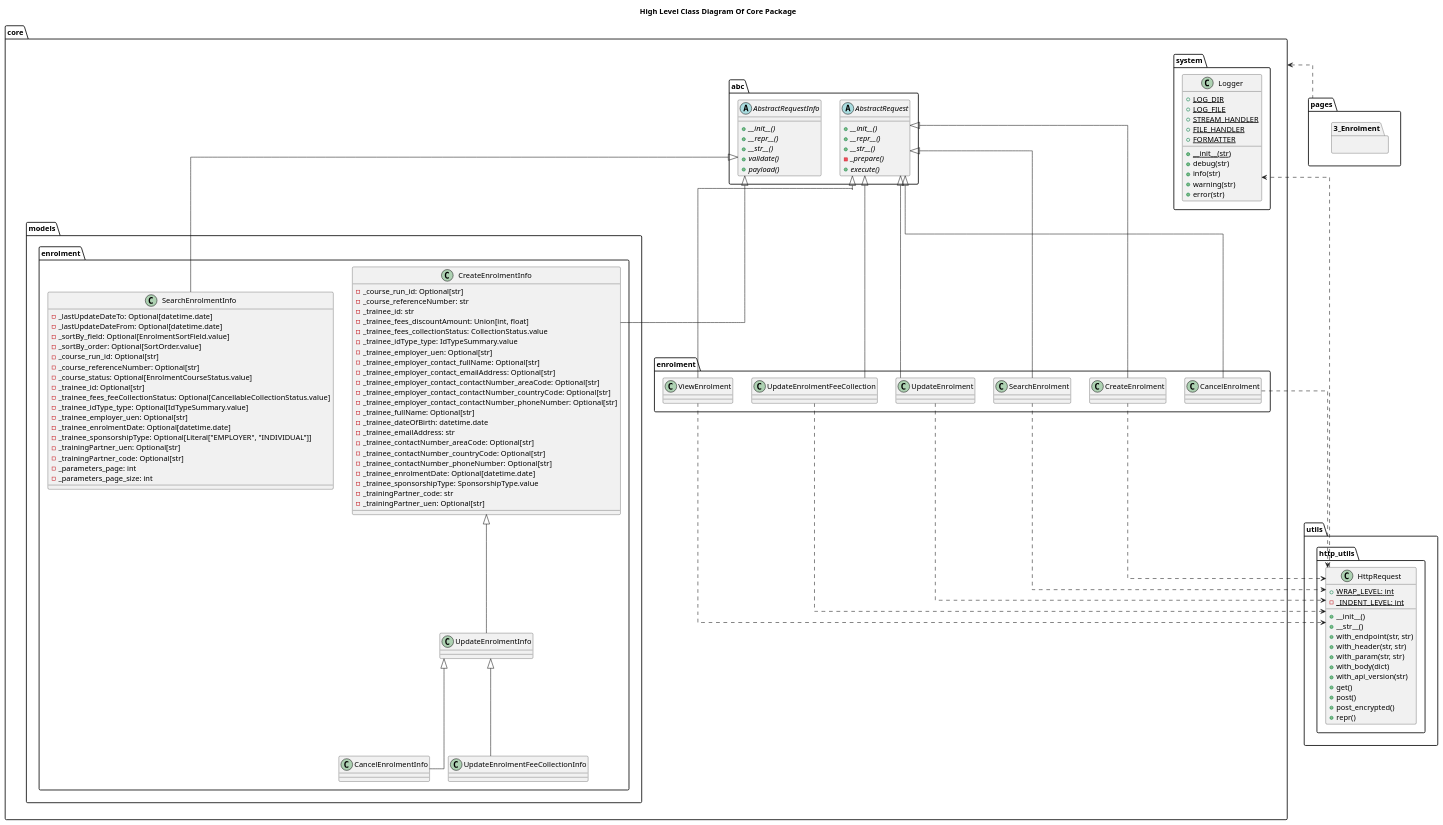
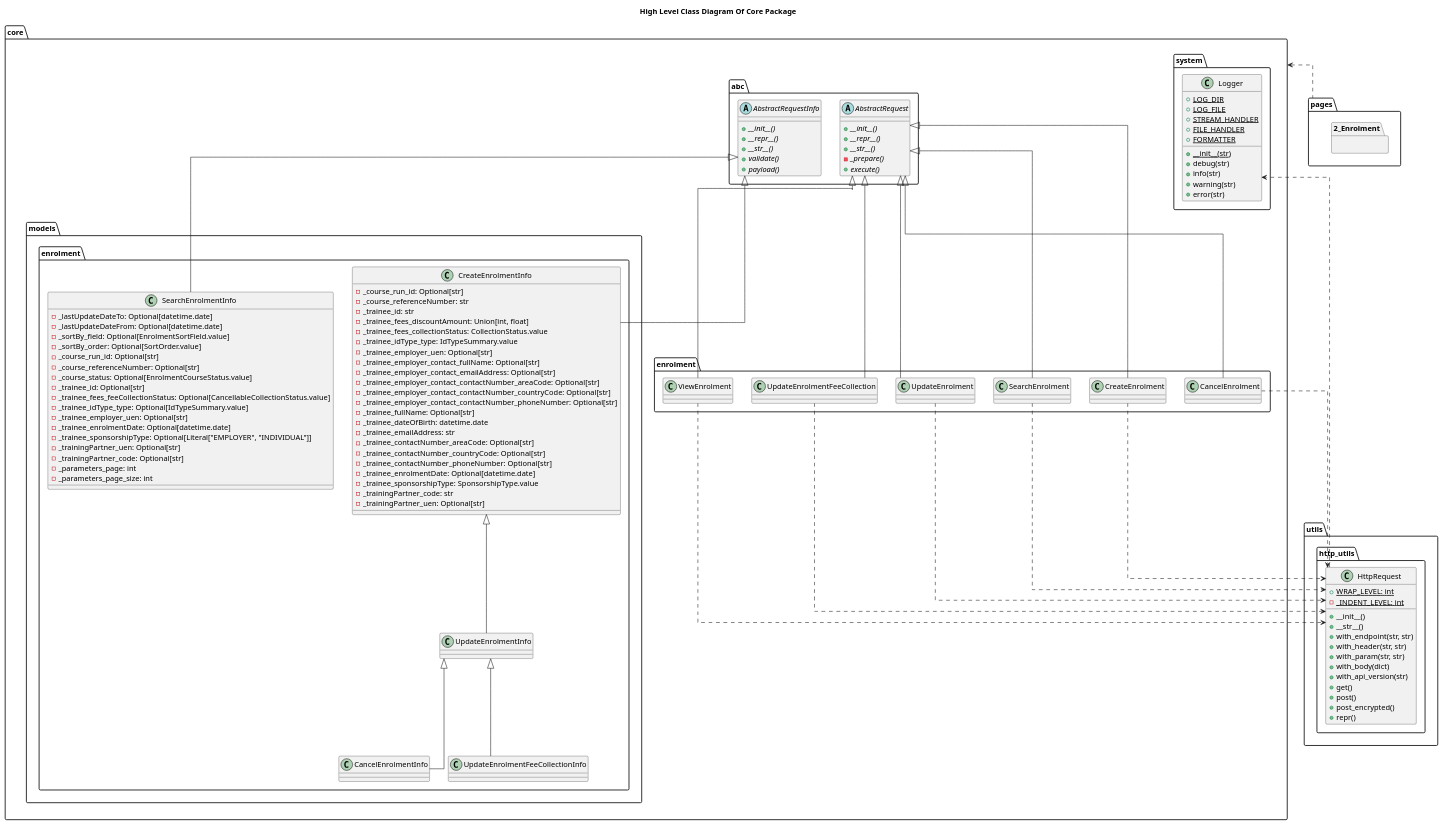
Before and after one commit to ssg-wsg/Sample-Codes: the diagram in SSG-API-Testing-Application-v2/docs/assets/developer-guide/classes/core/EnrolmentClassesDiagram.puml, drawn with PlantUML. The commit also changed 57 other files, not shown here.

```diff
--- a/SSG-API-Testing-Application-v2/docs/assets/developer-guide/classes/core/EnrolmentClassesDiagram.puml
+++ b/SSG-API-Testing-Application-v2/docs/assets/developer-guide/classes/core/EnrolmentClassesDiagram.puml
@@ -1,184 +1,184 @@
 @startuml
 skinparam linetype polyline
 skinparam linetype ortho
 
 title High Level Class Diagram Of Core Package
 
 package pages {
-    package 3_Enrolment {
+    package 2_Enrolment {
 
     }
 }
 
 package utils {
     package http_utils {
         class HttpRequest {
             + WRAP_LEVEL: int {static}
             - _INDENT_LEVEL: int {static}
 
             + __init__()
             + __str__()
             + with_endpoint(str, str)
             + with_header(str, str)
             + with_param(str, str)
             + with_body(dict)
             + with_api_version(str)
             + get()
             + post()
             + post_encrypted()
             + repr()
         }
     }
 }
 
 package core {
     package abc {
         abstract AbstractRequest {
             + __init__() {abstract}
             + __repr__() {abstract}
             + __str__() {abstract}
             - _prepare() {abstract}
             + execute() {abstract}
         }
 
         abstract AbstractRequestInfo {
             + __init__() {abstract}
             + __repr__() {abstract}
             + __str__() {abstract}
             + validate() {abstract}
             + payload() {abstract}
         }
     }
 
     package enrolment {
         class CancelEnrolment {
 
         }
 
         class CreateEnrolment {
 
         }
 
         class SearchEnrolment {
 
         }
 
         class UpdateEnrolment {
 
         }
 
         class UpdateEnrolmentFeeCollection {
 
         }
 
         class ViewEnrolment {
 
         }
 
         CancelEnrolment -up-|> AbstractRequest
         CreateEnrolment -up-|> AbstractRequest
 
         SearchEnrolment -up-|> AbstractRequest
         UpdateEnrolment -up-|> AbstractRequest
 
         UpdateEnrolmentFeeCollection -up-|> AbstractRequest
         ViewEnrolment -up-|> AbstractRequest
 
         CancelEnrolment ..> HttpRequest
         CreateEnrolment ..> HttpRequest
         SearchEnrolment ..> HttpRequest
         UpdateEnrolment ..> HttpRequest
         UpdateEnrolmentFeeCollection ..> HttpRequest
         ViewEnrolment ..> HttpRequest
     }
 
     package models {
         package enrolment {
             class CreateEnrolmentInfo {
                 - _course_run_id: Optional[str]
                 - _course_referenceNumber: str
                 - _trainee_id: str
                 - _trainee_fees_discountAmount: Union[int, float]
                 - _trainee_fees_collectionStatus: CollectionStatus.value
                 - _trainee_idType_type: IdTypeSummary.value
                 - _trainee_employer_uen: Optional[str]
                 - _trainee_employer_contact_fullName: Optional[str]
                 - _trainee_employer_contact_emailAddress: Optional[str]
                 - _trainee_employer_contact_contactNumber_areaCode: Optional[str]
                 - _trainee_employer_contact_contactNumber_countryCode: Optional[str]
                 - _trainee_employer_contact_contactNumber_phoneNumber: Optional[str]
                 - _trainee_fullName: Optional[str]
                 - _trainee_dateOfBirth: datetime.date
                 - _trainee_emailAddress: str
                 - _trainee_contactNumber_areaCode: Optional[str]
                 - _trainee_contactNumber_countryCode: Optional[str]
                 - _trainee_contactNumber_phoneNumber: Optional[str]
                 - _trainee_enrolmentDate: Optional[datetime.date]
                 - _trainee_sponsorshipType: SponsorshipType.value
                 - _trainingPartner_code: str
                 - _trainingPartner_uen: Optional[str]
             }
 
             class UpdateEnrolmentInfo {
 
             }
 
             class CancelEnrolmentInfo {
 
             }
 
             class SearchEnrolmentInfo {
                 - _lastUpdateDateTo: Optional[datetime.date]
                 - _lastUpdateDateFrom: Optional[datetime.date]
                 - _sortBy_field: Optional[EnrolmentSortField.value]
                 - _sortBy_order: Optional[SortOrder.value]
                 - _course_run_id: Optional[str]
                 - _course_referenceNumber: Optional[str]
                 - _course_status: Optional[EnrolmentCourseStatus.value]
                 - _trainee_id: Optional[str]
                 - _trainee_fees_feeCollectionStatus: Optional[CancellableCollectionStatus.value]
                 - _trainee_idType_type: Optional[IdTypeSummary.value]
                 - _trainee_employer_uen: Optional[str]
                 - _trainee_enrolmentDate: Optional[datetime.date]
                 - _trainee_sponsorshipType: Optional[Literal["EMPLOYER", "INDIVIDUAL"]]
                 - _trainingPartner_uen: Optional[str]
                 - _trainingPartner_code: Optional[str]
                 - _parameters_page: int
                 - _parameters_page_size: int
             }
 
             class UpdateEnrolmentFeeCollectionInfo {
 
             }
 
             UpdateEnrolmentInfo -up-|> CreateEnrolmentInfo
             CancelEnrolmentInfo -up-|> UpdateEnrolmentInfo
             UpdateEnrolmentFeeCollectionInfo -up-|> UpdateEnrolmentInfo
 
             CreateEnrolmentInfo -up-|> AbstractRequestInfo
             SearchEnrolmentInfo -up-|> AbstractRequestInfo
         }
     }
 
     package system {
         class Logger {
             + LOG_DIR {static}
             + LOG_FILE {static}
             + STREAM_HANDLER {static}
             + FILE_HANDLER {static}
             + FORMATTER {static}
             + __init__(str) {static}
             + debug(str)
             + info(str)
             + warning(str)
             + error(str)
         }
     }
     
     HttpRequest ..> Logger
 }
 
 pages .left.> core
 
 
 @enduml
```
